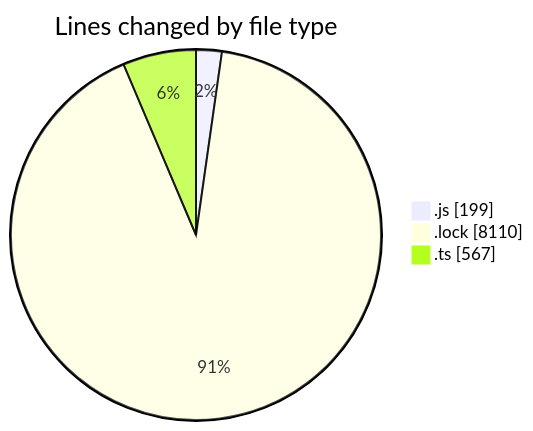
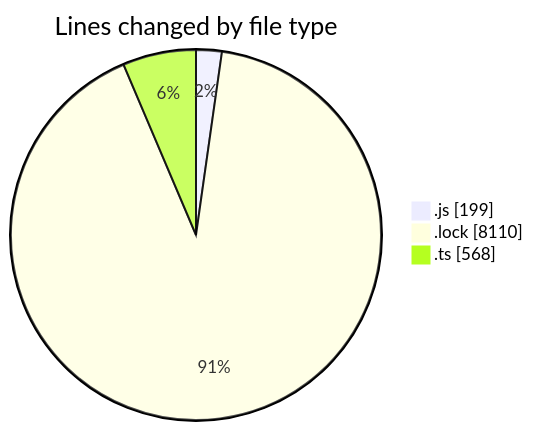
One commit to momahboobian/code-tracking changed the first of 2 diagrams in 2025-02-07/cda/README.md. Above: the diagram before and after it, drawn with Mermaid. The commit also changed other lines of this file and 1 other file, not shown here.

````diff
--- a/2025-02-07/cda/README.md
+++ b/2025-02-07/cda/README.md
@@ -27,7 +27,7 @@
 ```mermaid
 pie showData
 title Lines changed by file type
 ".js" : 199
 ".lock" : 8110
-".ts" : 567
+".ts" : 568
 ```
````
